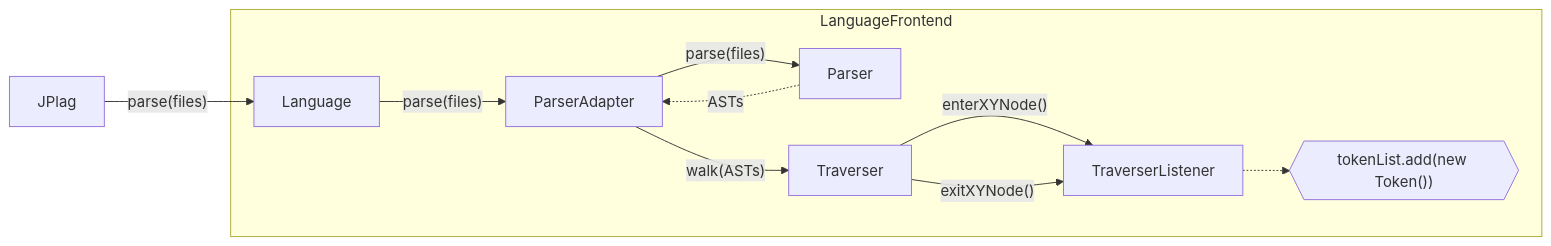
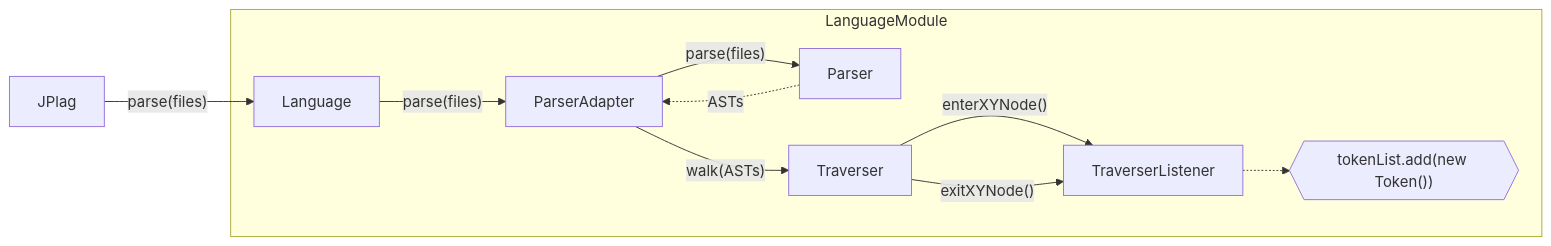
The first of 2 diagrams in docs/4.-Adding-New-Languages.md (jplag/JPlag), drawn with Mermaid before and after one commit. The commit also changed other lines of this file, not shown here.

````diff
--- a/docs/4.-Adding-New-Languages.md
+++ b/docs/4.-Adding-New-Languages.md
@@ -100,12 +100,12 @@
 ```mermaid
 flowchart LR
     JPlag -->|"parse(files)"| Language  
-    subgraph frontend[LanguageFrontend]
+    subgraph module[LanguageModule]
         Language -->|"parse(files)"| ParserAdapter
         ParserAdapter -->|"parse(files)"| Parser -.->|ASTs| ParserAdapter
         ParserAdapter -->|"walk(ASTs)"| Traverser
         Traverser -->|"enterXYNode()"| TraverserListener
         Traverser -->|"exitXYNode()"| TraverserListener
         TraverserListener -.-> action{{"tokenList.add(new Token())"}}
     end
 ```
````
